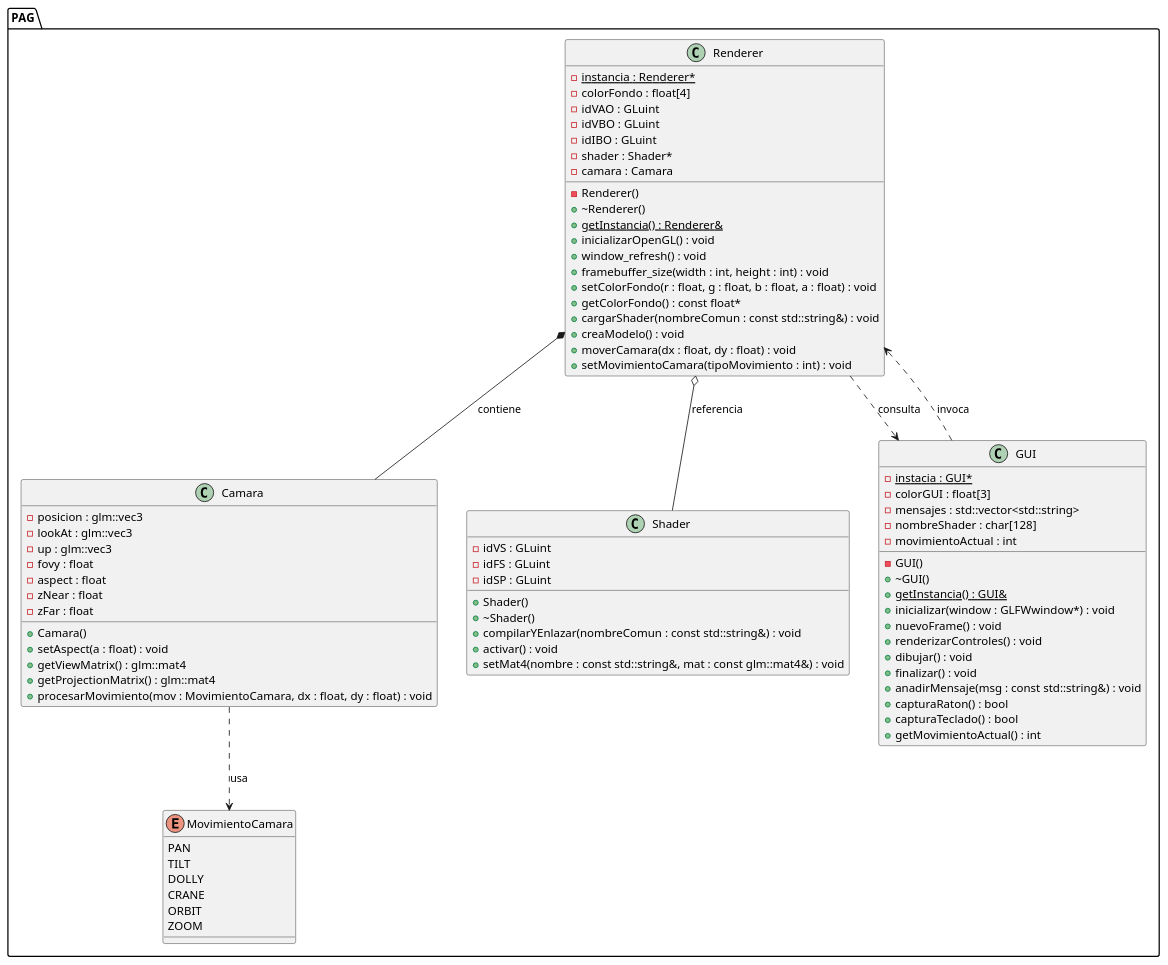
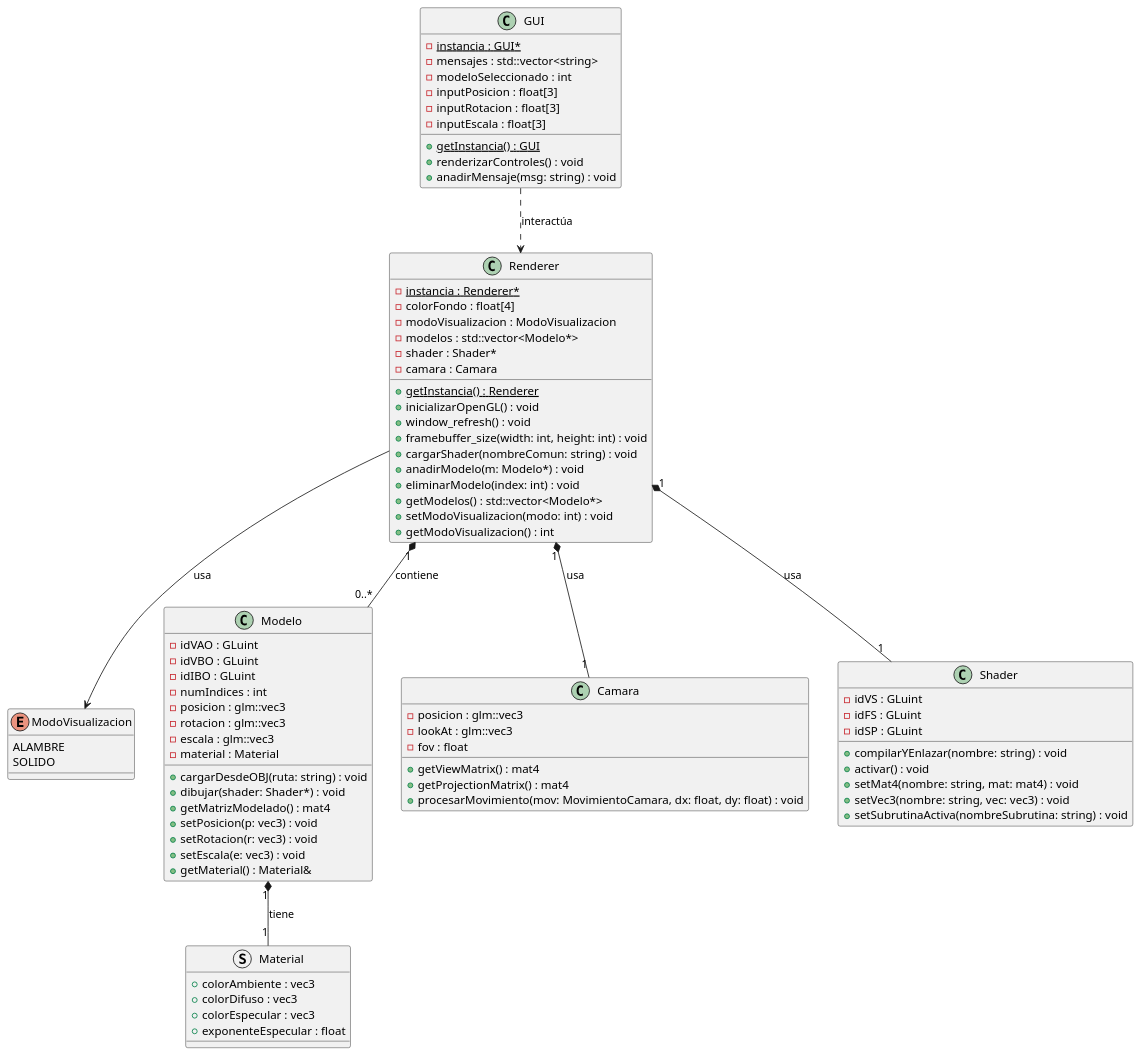
One commit to crs00047/PAG_Practica_1 changed the diagram in UML.puml. Above: the diagram before and after it, drawn with PlantUML. The commit also changed 3 other files, not shown here.

Commit message:
Interfaz de materiales y visualizacion, actualización README.md y UML.puml

```diff
--- a/UML.puml
+++ b/UML.puml
@@ -1,87 +1,89 @@
 @startuml
-namespace PAG {
+enum ModoVisualizacion {
+    ALAMBRE
+    SOLIDO
+}
 
-    enum MovimientoCamara {
-        PAN
-        TILT
-        DOLLY
-        CRANE
-        ORBIT
-        ZOOM
-    }
+struct Material {
+    + colorAmbiente : vec3
+    + colorDifuso : vec3
+    + colorEspecular : vec3
+    + exponenteEspecular : float
+}
 
-    class Camara {
-        - posicion : glm::vec3
-        - lookAt : glm::vec3
-        - up : glm::vec3
-        - fovy : float
-        - aspect : float
-        - zNear : float
-        - zFar : float
-        + Camara()
-        + setAspect(a : float) : void
-        + getViewMatrix() : glm::mat4
-        + getProjectionMatrix() : glm::mat4
-        + procesarMovimiento(mov : MovimientoCamara, dx : float, dy : float) : void
-    }
+class Renderer {
+    - {static} instancia : Renderer*
+    - colorFondo : float[4]
+    - modoVisualizacion : ModoVisualizacion
+    - modelos : std::vector<Modelo*>
+    - shader : Shader*
+    - camara : Camara
+    + {static} getInstancia() : Renderer
+    + inicializarOpenGL() : void
+    + window_refresh() : void
+    + framebuffer_size(width: int, height: int) : void
+    + cargarShader(nombreComun: string) : void
+    + anadirModelo(m: Modelo*) : void
+    + eliminarModelo(index: int) : void
+    + getModelos() : std::vector<Modelo*>
+    + setModoVisualizacion(modo: int) : void
+    + getModoVisualizacion() : int
+}
 
-    class Shader {
-        - idVS : GLuint
-        - idFS : GLuint
-        - idSP : GLuint
-        + Shader()
-        + ~Shader()
-        + compilarYEnlazar(nombreComun : const std::string&) : void
-        + activar() : void
-        + setMat4(nombre : const std::string&, mat : const glm::mat4&) : void
-    }
+class Modelo {
+    - idVAO : GLuint
+    - idVBO : GLuint
+    - idIBO : GLuint
+    - numIndices : int
+    - posicion : glm::vec3
+    - rotacion : glm::vec3
+    - escala : glm::vec3
+    - material : Material
+    + cargarDesdeOBJ(ruta: string) : void
+    + dibujar(shader: Shader*) : void
+    + getMatrizModelado() : mat4
+    + setPosicion(p: vec3) : void
+    + setRotacion(r: vec3) : void
+    + setEscala(e: vec3) : void
+    + getMaterial() : Material&
+}
 
-    class Renderer {
-        - {static} instancia : Renderer*
-        - colorFondo : float[4]
-        - idVAO : GLuint
-        - idVBO : GLuint
-        - idIBO : GLuint
-        - shader : Shader*
-        - camara : Camara
-        - Renderer()
-        + ~Renderer()
-        + {static} getInstancia() : Renderer&
-        + inicializarOpenGL() : void
-        + window_refresh() : void
-        + framebuffer_size(width : int, height : int) : void
-        + setColorFondo(r : float, g : float, b : float, a : float) : void
-        + getColorFondo() : const float*
-        + cargarShader(nombreComun : const std::string&) : void
-        + creaModelo() : void
-        + moverCamara(dx : float, dy : float) : void
-        + setMovimientoCamara(tipoMovimiento : int) : void
-    }
+class GUI {
+    - {static} instancia : GUI*
+    - mensajes : std::vector<string>
+    - modeloSeleccionado : int
+    - inputPosicion : float[3]
+    - inputRotacion : float[3]
+    - inputEscala : float[3]
+    + {static} getInstancia() : GUI
+    + renderizarControles() : void
+    + anadirMensaje(msg: string) : void
+}
 
-    class GUI {
-        - {static} instacia : GUI*
-        - colorGUI : float[3]
-        - mensajes : std::vector<std::string>
-        - nombreShader : char[128]
-        - movimientoActual : int
-        - GUI()
-        + ~GUI()
-        + {static} getInstancia() : GUI&
-        + inicializar(window : GLFWwindow*) : void
-        + nuevoFrame() : void
-        + renderizarControles() : void
-        + dibujar() : void
-        + finalizar() : void
-        + anadirMensaje(msg : const std::string&) : void
-        + capturaRaton() : bool
-        + capturaTeclado() : bool
-        + getMovimientoActual() : int
-    }
+class Camara {
+    - posicion : glm::vec3
+    - lookAt : glm::vec3
+    - fov : float
+    + getViewMatrix() : mat4
+    + getProjectionMatrix() : mat4
+    + procesarMovimiento(mov: MovimientoCamara, dx: float, dy: float) : void
+}
 
-    Renderer *-- Camara : contiene
-    Renderer o-- Shader : referencia
-    Camara ..> MovimientoCamara : usa
-    Renderer ..> GUI : consulta
-    GUI ..> Renderer : invoca
+class Shader {
+    - idVS : GLuint
+    - idFS : GLuint
+    - idSP : GLuint
+    + compilarYEnlazar(nombre: string) : void
+    + activar() : void
+    + setMat4(nombre: string, mat: mat4) : void
+    + setVec3(nombre: string, vec: vec3) : void
+    + setSubrutinaActiva(nombreSubrutina: string) : void
 }
+
+Renderer "1" *-- "0..*" Modelo : contiene
+Renderer "1" *-- "1" Shader : usa
+Renderer "1" *-- "1" Camara : usa
+Modelo "1" *-- "1" Material : tiene
+Renderer --> ModoVisualizacion : usa
+GUI ..> Renderer : interactúa
 @enduml
```
